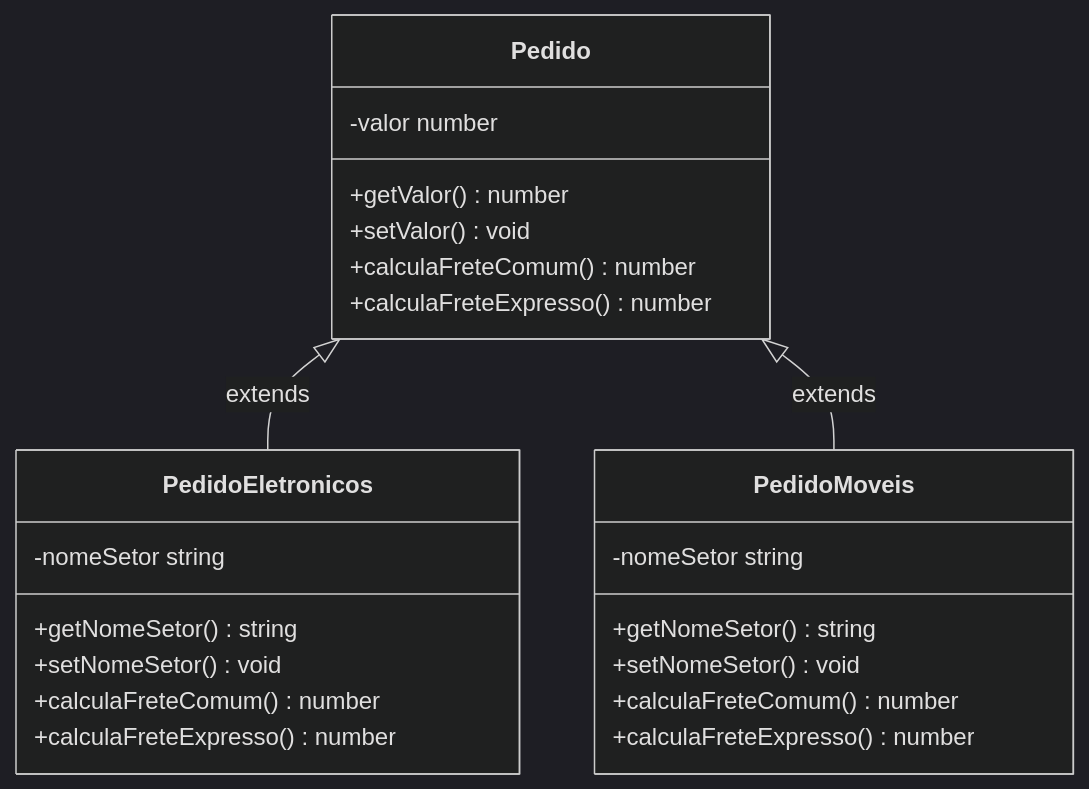
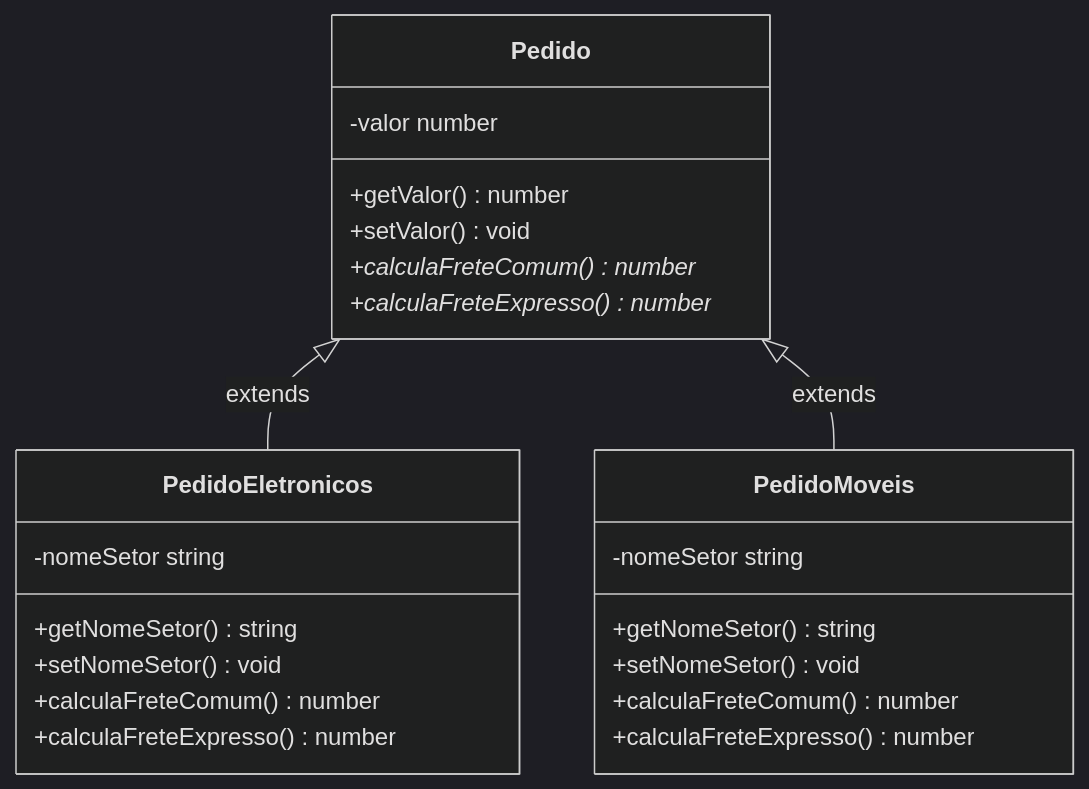
The third of 5 diagrams in Comportamentais/Strategy/README.md (francojeferson/rabiscando-padroes-de-projeto), drawn with Mermaid (dark theme) before and after one commit. The commit also changed other lines of this file, not shown here.

Commit message:
fix(tipoFrete): docs: update Comportamentais/Strategy/README.md

````diff
--- a/Comportamentais/Strategy/README.md
+++ b/Comportamentais/Strategy/README.md
@@ -63,28 +63,28 @@
 ```mermaid
 classDiagram
   class Pedido {
     -valor number
     +getValor() number
     +setValor() void
-    +calculaFreteComum() number
-    +calculaFreteExpresso() number
+    +calculaFreteComum()* number
+    +calculaFreteExpresso()* number
   }
   Pedido <|-- PedidoEletronicos: extends
   Pedido <|-- PedidoMoveis: extends
 
   class PedidoEletronicos {
     -nomeSetor string
     +getNomeSetor() string
     +setNomeSetor() void
     +calculaFreteComum() number
     +calculaFreteExpresso() number
   }
 
   class PedidoMoveis {
     -nomeSetor string
     +getNomeSetor() string
     +setNomeSetor() void
     +calculaFreteComum() number
     +calculaFreteExpresso() number
   }
 ```
````
